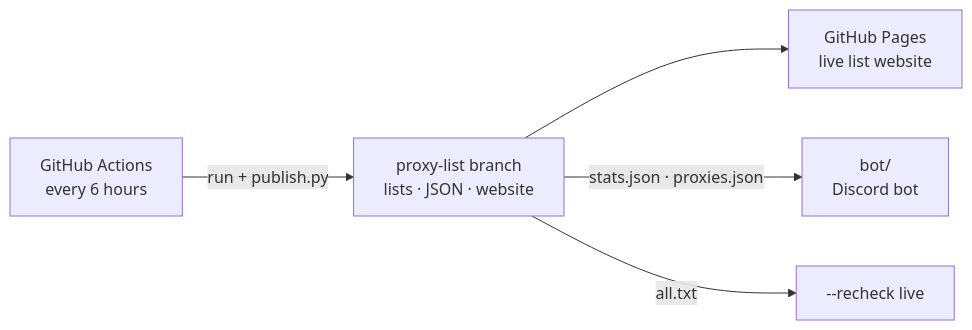
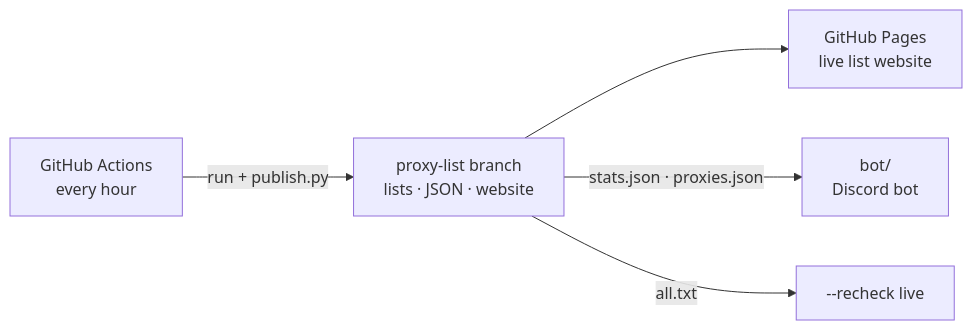
The fourth of 4 diagrams in docs/ARCHITECTURE.md (maximilianfeix/proxy-scraper), drawn with Mermaid before and after one commit. The commit also changed 24 other files, not shown here.

First line of the commit message:
Refresh the live list every hour (#112)

````diff
--- a/docs/ARCHITECTURE.md
+++ b/docs/ARCHITECTURE.md
@@ -94,7 +94,7 @@
 ```mermaid
 flowchart LR
-    GA[GitHub Actions<br/>every 6 hours] -->|run + publish.py| PL[proxy-list branch<br/>lists · JSON · website]
+    GA[GitHub Actions<br/>every hour] -->|run + publish.py| PL[proxy-list branch<br/>lists · JSON · website]
     PL --> WEB[GitHub Pages<br/>live list website]
     PL -->|stats.json · proxies.json| BOT[bot/<br/>Discord bot]
     PL -->|all.txt| RL[--recheck live]
 ```
````
